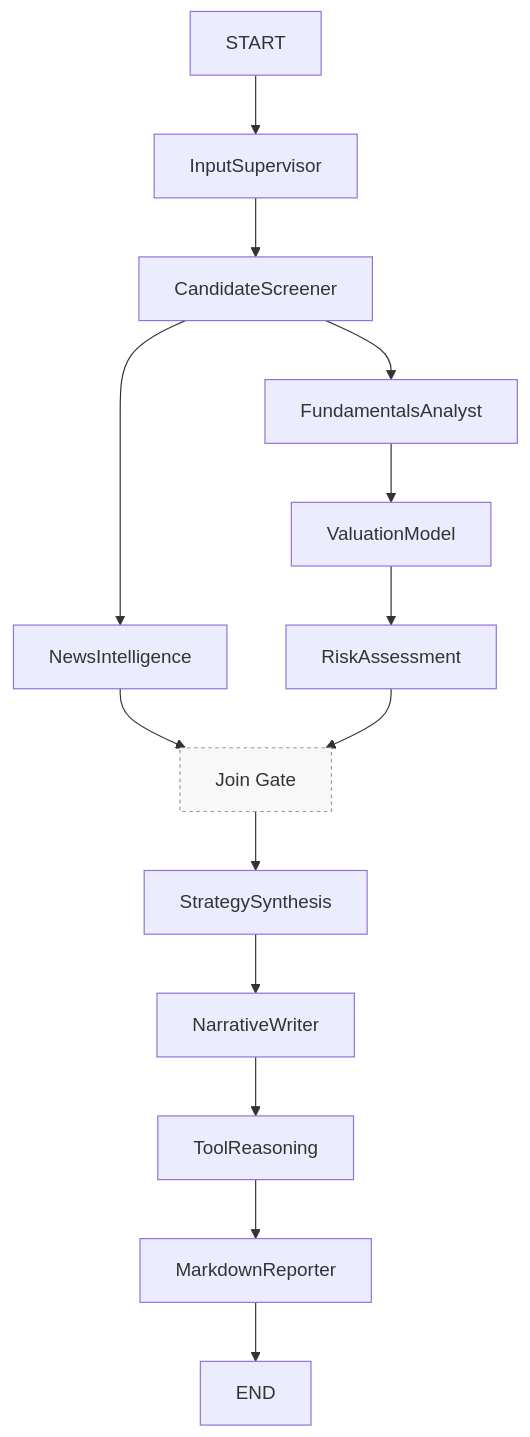
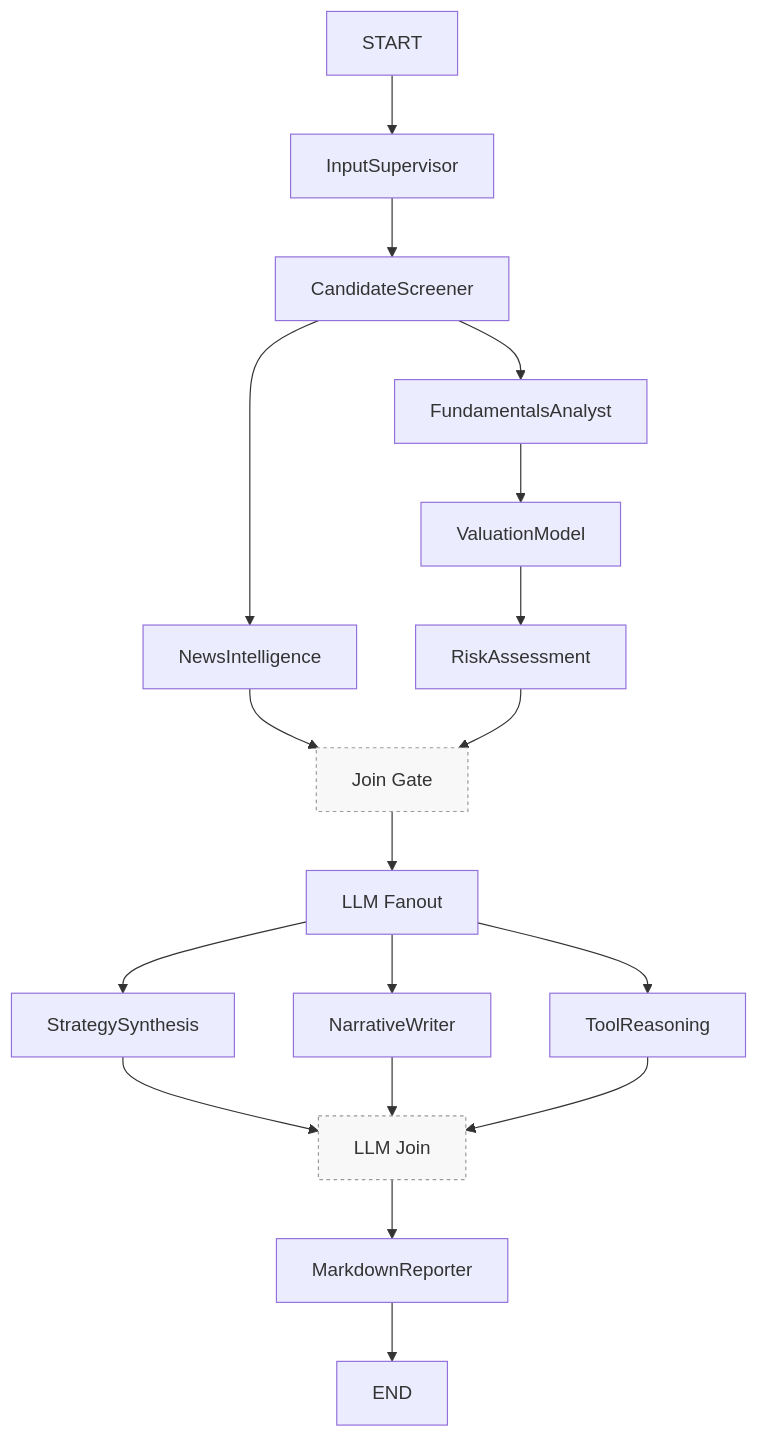
The diagram in README.md (lydd168/invest_agent), drawn with Mermaid before and after one commit. The commit also changed other lines of this file and 3 other files, not shown here.

````diff
--- a/README.md
+++ b/README.md
@@ -81,20 +81,25 @@
 ```mermaid
 flowchart TD
     A[START] --> B[InputSupervisor]
     B --> C[CandidateScreener]
     C --> D[FundamentalsAnalyst]
     C --> E[NewsIntelligence]
     D --> F[ValuationModel]
     F --> G[RiskAssessment]
     E --> H[Join Gate]
     G --> H
-    H --> I[StrategySynthesis]
-    I --> J[NarrativeWriter]
-    J --> K[ToolReasoning]
-    K --> L[MarkdownReporter]
+    H --> N[LLM Fanout]
+    N --> I[StrategySynthesis]
+    N --> J[NarrativeWriter]
+    N --> K[ToolReasoning]
+    I --> O[LLM Join]
+    J --> O[LLM Join]
+    K --> O[LLM Join]
+    O --> L[MarkdownReporter]
     L --> M[END]
 
     %% Notes
     classDef join fill:#f8f8f8,stroke:#999,stroke-dasharray: 3 3
     class H join
+    class O join
 ```
````
